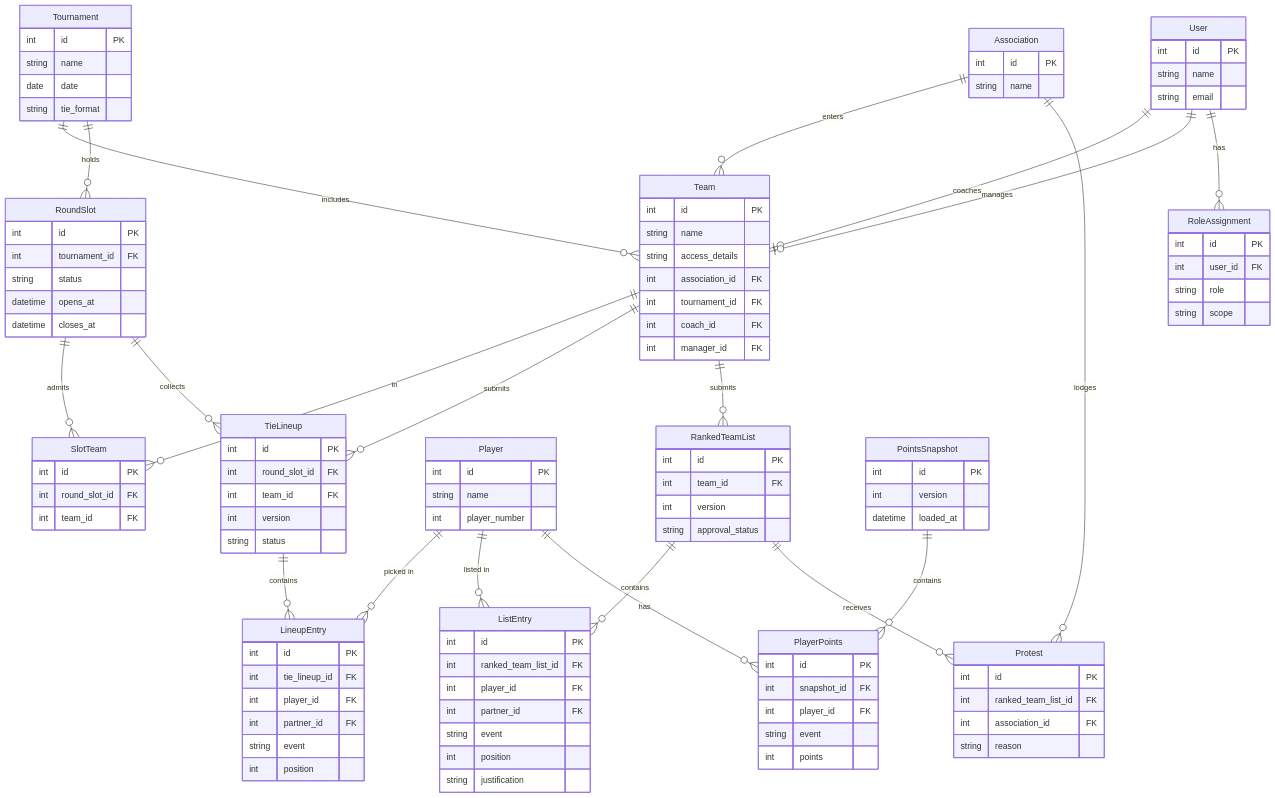
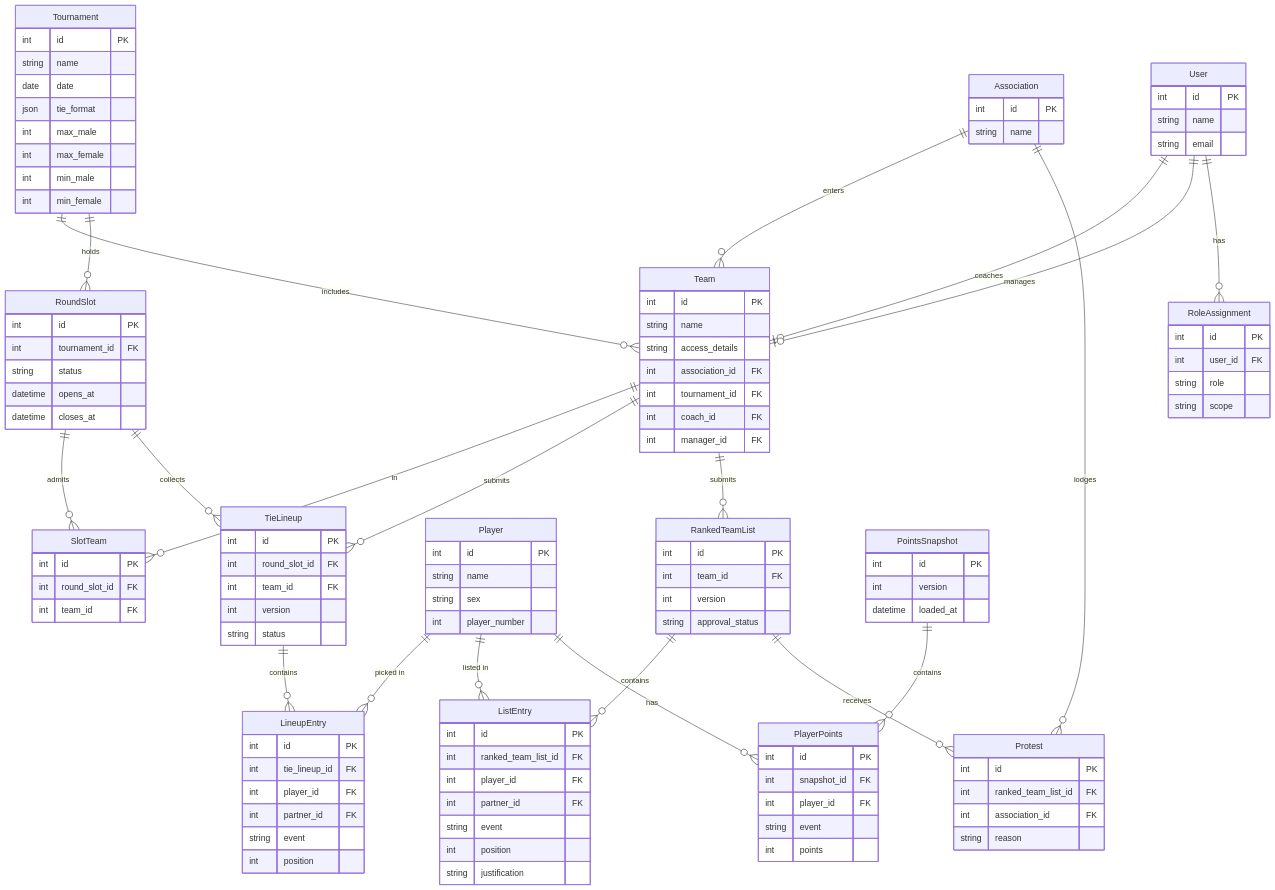
One commit to vincenttao04/badminton-nz-teams-be changed the fifth of 6 diagrams in docs/technical.md. Above: the diagram before and after it, drawn with Mermaid. The commit also changed other lines of this file and 4 other files, not shown here.

Commit message:
docs: update documentation with changed ERD and requirements

```diff
--- a/docs/technical.md
+++ b/docs/technical.md
@@ -196,7 +196,11 @@
         int id PK
         string name
         date date
-        string tie_format
+        json tie_format
+        int max_male
+        int max_female
+        int min_male
+        int min_female
     }
     User {
         int id PK
@@ -263,6 +267,7 @@
     Player {
         int id PK
         string name
+        string sex
         int player_number
     }
     Protest {
```
